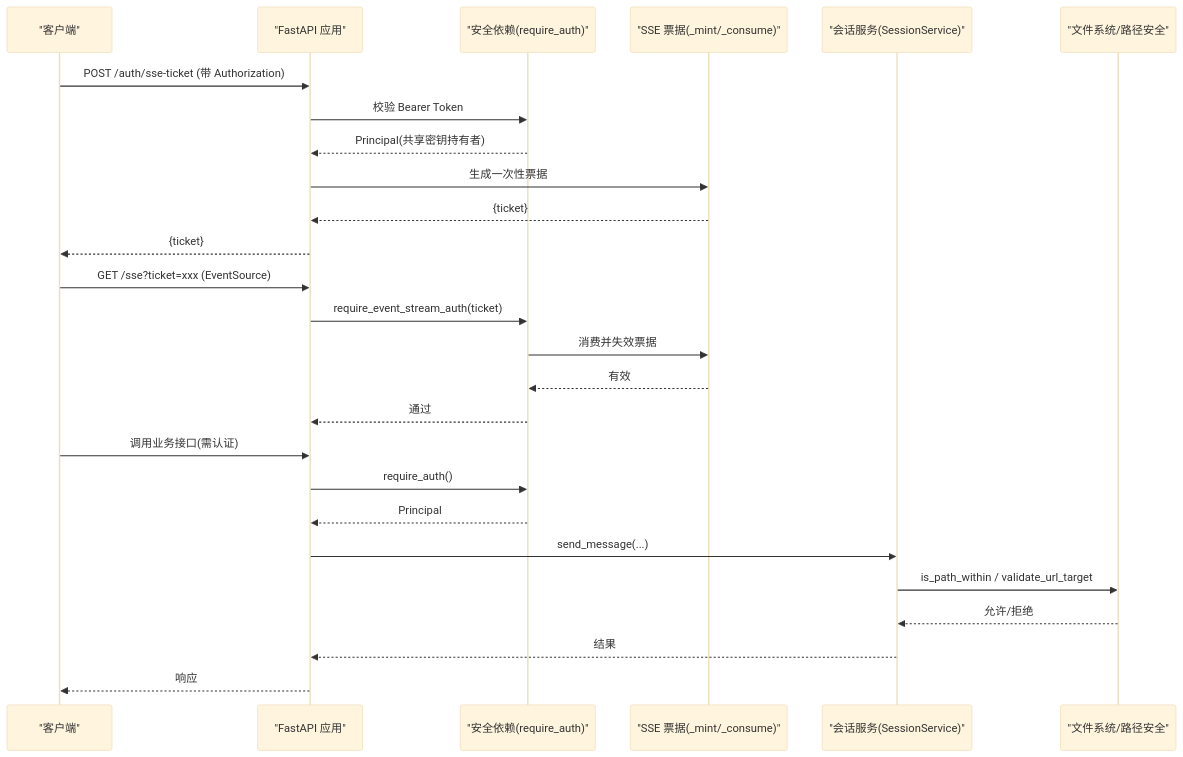
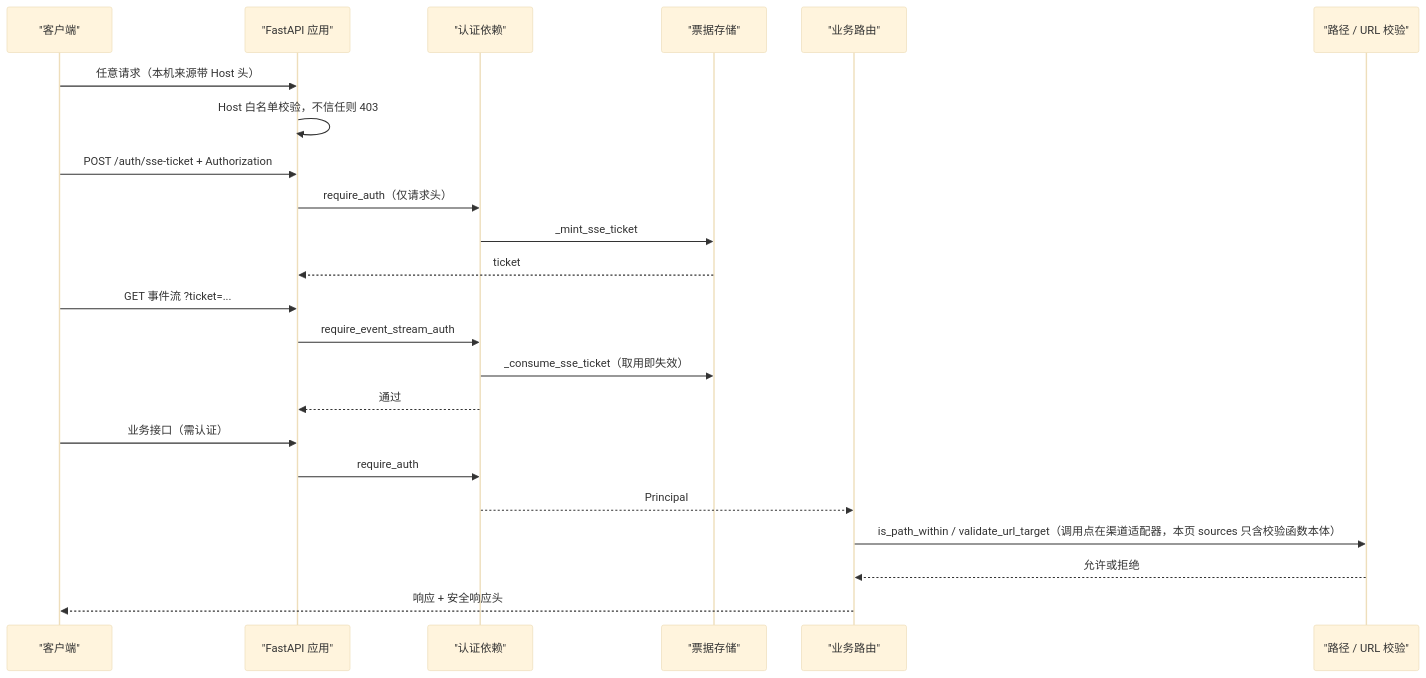
One commit to hjfire/vibe-trading-fw changed the second of 7 diagrams in repowiki/topics/安全与治理/认证与授权.md. Above: the diagram before and after it, drawn with Mermaid (base theme). The commit also changed other lines of this file and 5 other files, not shown here.

````diff
--- a/repowiki/topics/安全与治理/认证与授权.md
+++ b/repowiki/topics/安全与治理/认证与授权.md
@@ -114,28 +124,25 @@
 ```mermaid
 sequenceDiagram
 participant Client as "客户端"
-participant API as "FastAPI 应用"
-participant Sec as "安全依赖(require_auth)"
-participant Ticket as "SSE 票据(_mint/_consume)"
-participant Svc as "会话服务(SessionService)"
-participant FS as "文件系统/路径安全"
-Client->>API : POST /auth/sse-ticket (带 Authorization)
-API->>Sec : 校验 Bearer Token
-Sec-->>API : Principal(共享密钥持有者)
-API->>Ticket : 生成一次性票据
-Ticket-->>API : {ticket}
-API-->>Client : {ticket}
-Client->>API : GET /sse?ticket=xxx (EventSource)
-API->>Sec : require_event_stream_auth(ticket)
-Sec->>Ticket : 消费并失效票据
-Ticket-->>Sec : 有效
-Sec-->>API : 通过
-Client->>API : 调用业务接口(需认证)
-API->>Sec : require_auth()
-Sec-->>API : Principal
-API->>Svc : send_message(...)
-Svc->>FS : is_path_within / validate_url_target
-FS-->>Svc : 允许/拒绝
-Svc-->>API : 结果
-API-->>Client : 响应
+participant App as "FastAPI 应用"
+participant Sec as "认证依赖"
+participant Store as "票据存储"
+participant Route as "业务路由"
+participant Guard as "路径 / URL 校验"
+Client->>App : 任意请求（本机来源带 Host 头）
+App->>App : Host 白名单校验，不信任则 403
+Client->>App : POST /auth/sse-ticket + Authorization
+App->>Sec : require_auth（仅请求头）
+Sec->>Store : _mint_sse_ticket
+Store-->>App : ticket
+Client->>App : GET 事件流 ?ticket=...
+App->>Sec : require_event_stream_auth
+Sec->>Store : _consume_sse_ticket（取用即失效）
+Sec-->>App : 通过
+Client->>App : 业务接口（需认证）
+App->>Sec : require_auth
+Sec-->>Route : Principal
+Route->>Guard : is_path_within / validate_url_target（调用点在渠道适配器，本页 sources 只含校验函数本体）
+Guard-->>Route : 允许或拒绝
+Route-->>Client : 响应 + 安全响应头
 ```
````
